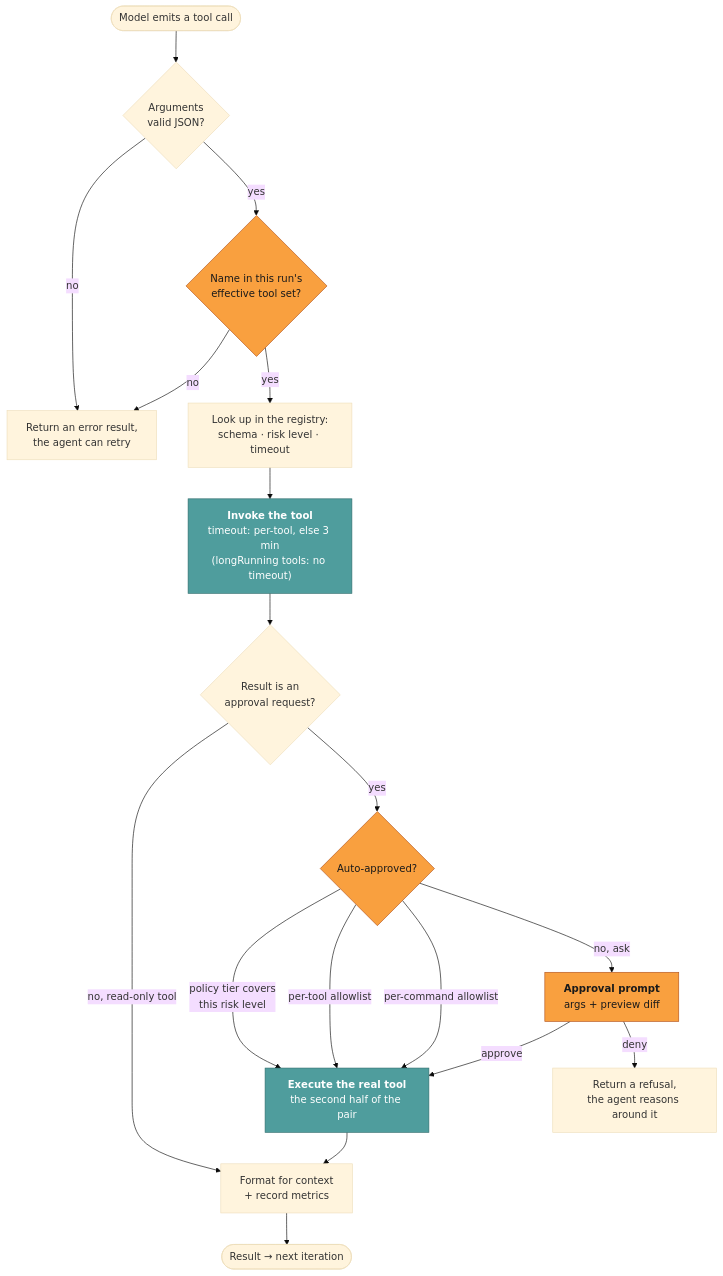
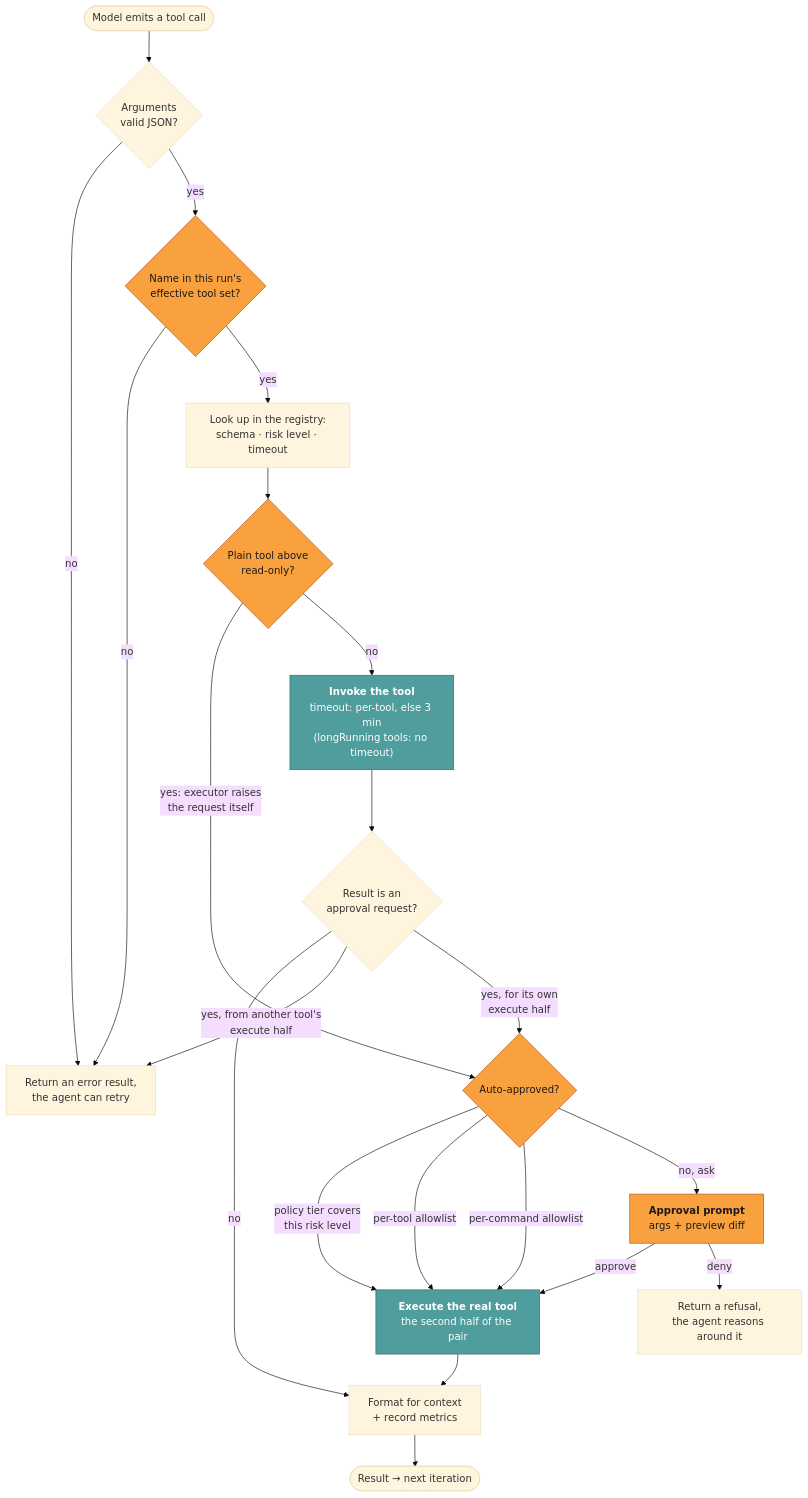
One commit to lvndry/jazz changed the first of 4 diagrams in docs/maintainers/tool-lifecycle.md. Above: the diagram before and after it, drawn with Mermaid (base theme). The commit also changed other lines of this file and 7 other files, not shown here.

Commit message:
docs(approvals): strict defaults, gated plain tools, and how to opt into yolo

````diff
--- a/docs/maintainers/tool-lifecycle.md
+++ b/docs/maintainers/tool-lifecycle.md
@@ -33,31 +33,34 @@
 ```mermaid
 flowchart TD
     IN(["Model emits a tool call"]) --> PARSE{"Arguments<br/>valid JSON?"}
     PARSE -->|no| ERR["Return an error result,<br/>the agent can retry"]
     PARSE -->|yes| SET{"Name in this run's<br/>effective tool set?"}
     SET -->|no| ERR
     SET -->|yes| LOOKUP["Look up in the registry:<br/>schema · risk level · timeout"]
 
-    LOOKUP --> RUN["<b>Invoke the tool</b><br/>timeout: per-tool, else 3 min<br/>(longRunning tools: no timeout)"]
+    LOOKUP --> PLAIN{"Plain tool above<br/>read-only?"}
+    PLAIN -->|"yes: executor raises<br/>the request itself"| POLICY
+    PLAIN -->|no| RUN["<b>Invoke the tool</b><br/>timeout: per-tool, else 3 min<br/>(longRunning tools: no timeout)"]
 
     RUN --> GATED{"Result is an<br/>approval request?"}
-    GATED -->|"no, read-only tool"| RESULT
-    GATED -->|yes| POLICY{"Auto-approved?"}
+    GATED -->|no| RESULT
+    GATED -->|"yes, from another tool's<br/>execute half"| ERR
+    GATED -->|"yes, for its own<br/>execute half"| POLICY{"Auto-approved?"}
 
     POLICY -->|"policy tier covers<br/>this risk level"| EXEC
     POLICY -->|"per-tool allowlist"| EXEC
     POLICY -->|"per-command allowlist"| EXEC
     POLICY -->|"no, ask"| PROMPT["<b>Approval prompt</b><br/>args + preview diff"]
 
     PROMPT -->|approve| EXEC
     PROMPT -->|deny| DENIED["Return a refusal,<br/>the agent reasons around it"]
 
     EXEC["<b>Execute the real tool</b><br/>the second half of the pair"]
     EXEC --> RESULT["Format for context<br/>+ record metrics"]
     RESULT --> OUT(["Result → next iteration"])
 
     classDef gate fill:#f9a03f,stroke:#b3541e,color:#1a1a1a
     classDef act fill:#4f9d9d,stroke:#2f6d6d,color:#ffffff
-    class SET,POLICY,PROMPT gate
+    class SET,PLAIN,POLICY,PROMPT gate
     class RUN,EXEC act
 ```
````
